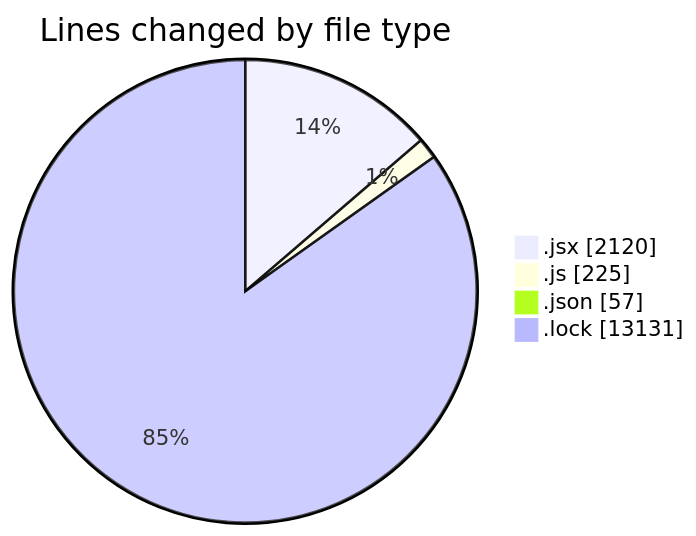
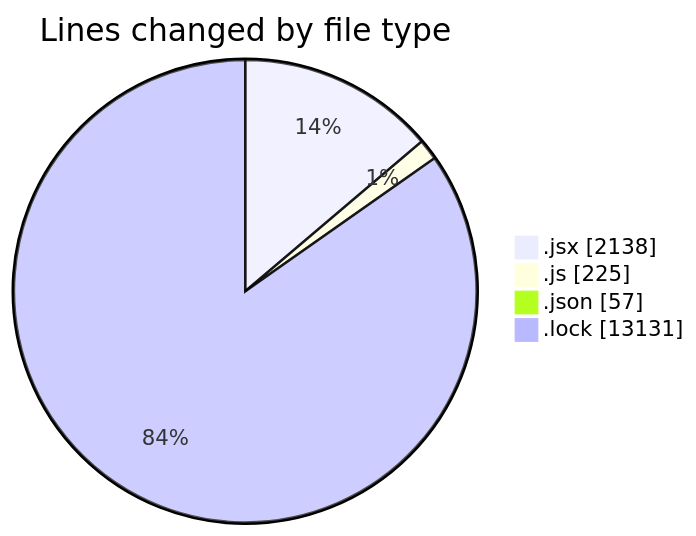
Before and after one commit to momahboobian/code-tracking: the first of 2 diagrams in 2026-02-10/cda/README.md, drawn with Mermaid. The commit also changed other lines of this file and 1 other file, not shown here.

````diff
--- a/2026-02-10/cda/README.md
+++ b/2026-02-10/cda/README.md
@@ -36,8 +36,8 @@
 ```mermaid
 pie showData
 title Lines changed by file type
-".jsx" : 2120
+".jsx" : 2138
 ".js" : 225
 ".json" : 57
 ".lock" : 13131
 ```
````
